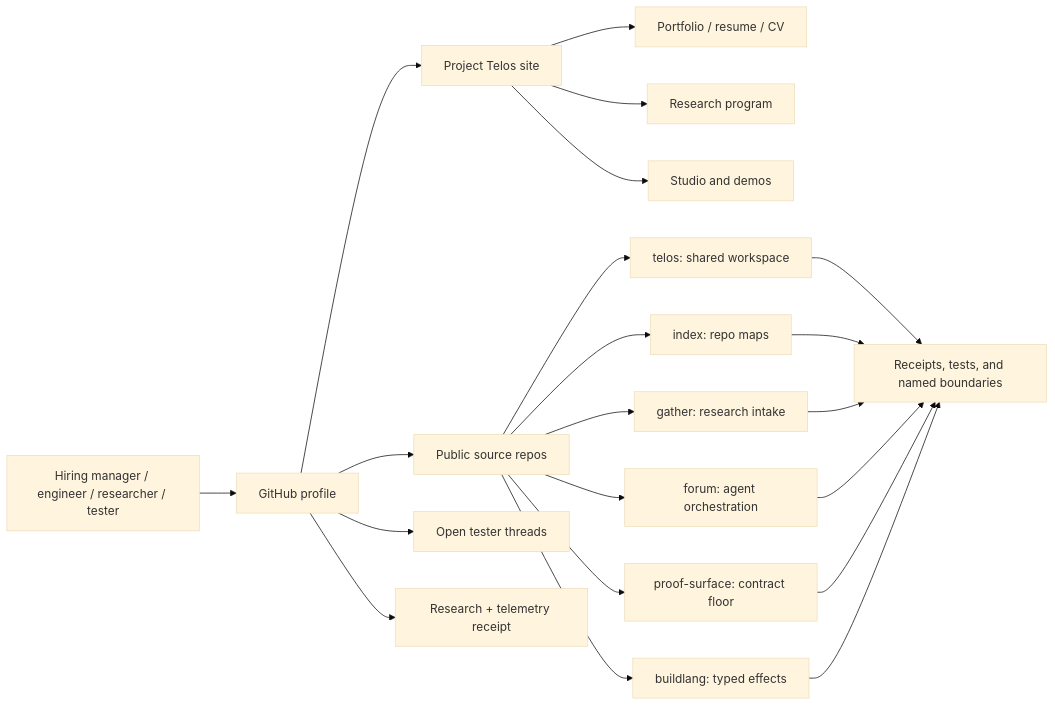
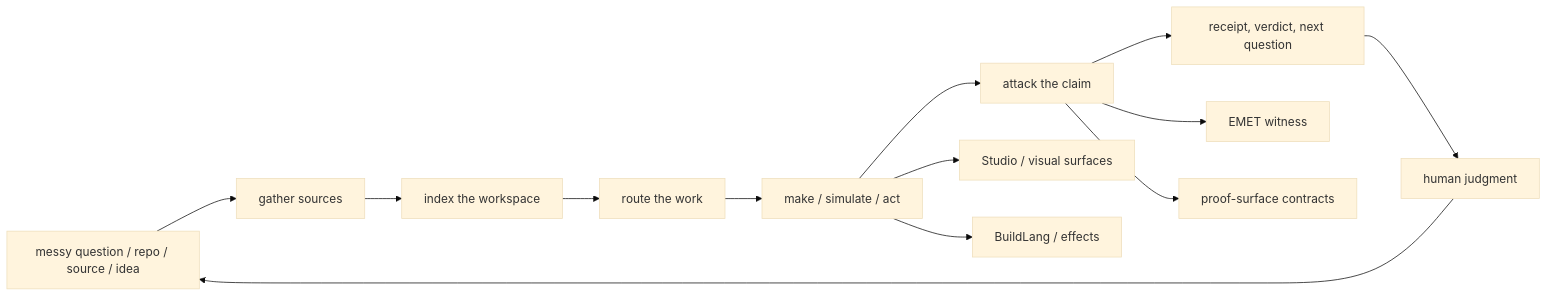
The first of 2 diagrams in README.md (HarperZ9/HarperZ9), drawn with Mermaid (base theme) before and after one commit. The commit also changed other lines of this file and 5 other files, not shown here.

Commit message:
docs: rework profile as public lab bench

````diff
--- a/README.md
+++ b/README.md
@@ -203,26 +115,16 @@
 ```mermaid
 flowchart LR
-    visitor["Hiring manager / engineer / researcher / tester"] --> profile["GitHub profile"]
-    profile --> site["Project Telos site"]
-    profile --> source["Public source repos"]
-    profile --> threads["Open tester threads"]
-    profile --> receipt["Research + telemetry receipt"]
+    messy["messy question / repo / source / idea"] --> gather["gather sources"]
+    gather --> index["index the workspace"]
+    index --> forum["route the work"]
+    forum --> telos["make / simulate / act"]
+    telos --> crucible["attack the claim"]
+    crucible --> receipt["receipt, verdict, next question"]
+    receipt --> human["human judgment"]
+    human --> messy
 
-    site --> portfolio["Portfolio / resume / CV"]
-    site --> research["Research program"]
-    site --> studio["Studio and demos"]
-
-    source --> telos["telos: shared workspace"]
-    source --> index["index: repo maps"]
-    source --> gather["gather: research intake"]
-    source --> forum["forum: agent orchestration"]
-    source --> proof["proof-surface: contract floor"]
-    source --> buildlang["buildlang: typed effects"]
-
-    telos --> checked["Receipts, tests, and named boundaries"]
-    index --> checked
-    gather --> checked
-    forum --> checked
-    proof --> checked
-    buildlang --> checked
+    telos --> studio["Studio / visual surfaces"]
+    telos --> buildlang["BuildLang / effects"]
+    crucible --> emet["EMET witness"]
+    crucible --> proof["proof-surface contracts"]
 ```
````
